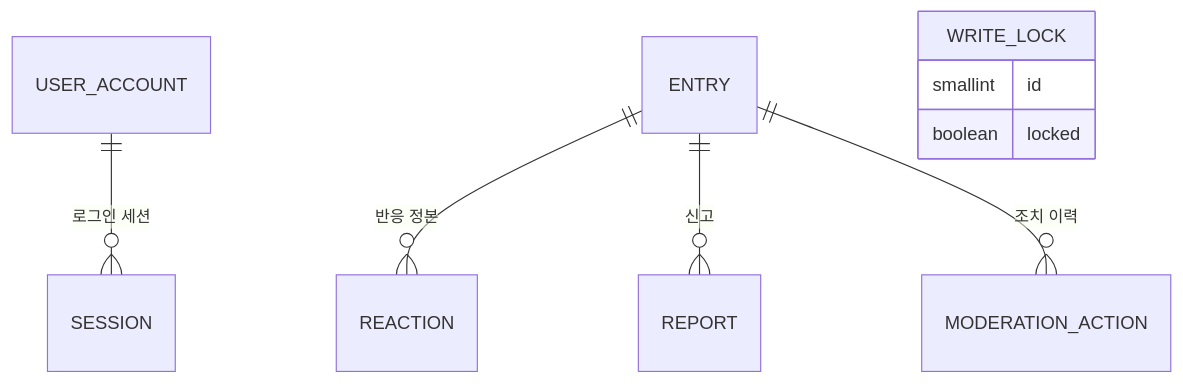
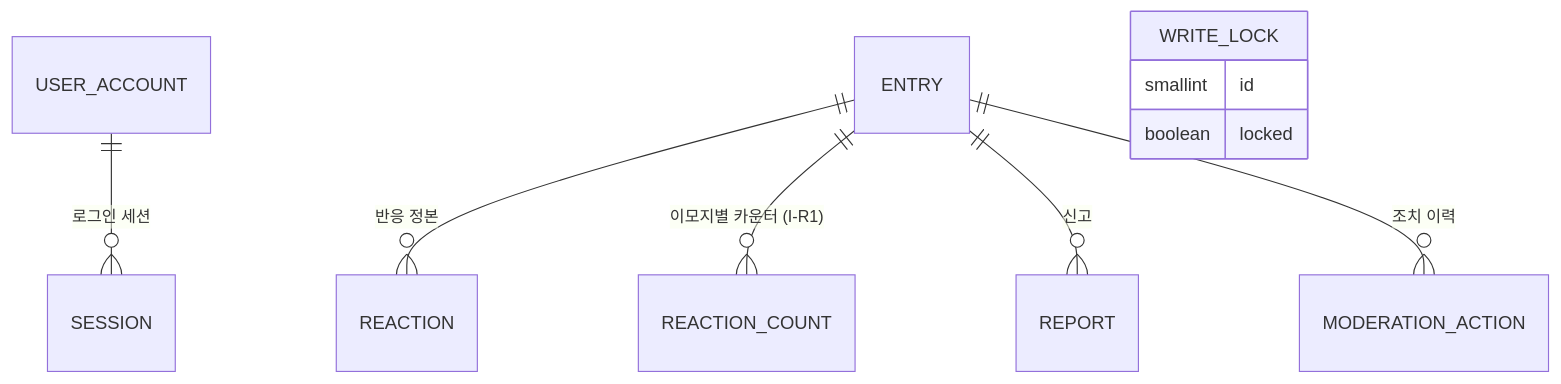
The first of 2 diagrams in docs/domains/database-schema.md (1985jwlee/portpolio_backend), drawn with Mermaid before and after one commit. The commit also changed other lines of this file and 23 other files, not shown here.

````diff
--- a/docs/domains/database-schema.md
+++ b/docs/domains/database-schema.md
@@ -334,11 +348,12 @@
 ```mermaid
 erDiagram
     USER_ACCOUNT ||--o{ SESSION : "로그인 세션"
     ENTRY ||--o{ REACTION : "반응 정본"
+    ENTRY ||--o{ REACTION_COUNT : "이모지별 카운터 (I-R1)"
     ENTRY ||--o{ REPORT : "신고"
     ENTRY ||--o{ MODERATION_ACTION : "조치 이력"
     WRITE_LOCK {
         smallint id
         boolean locked
     }
 ```
````
